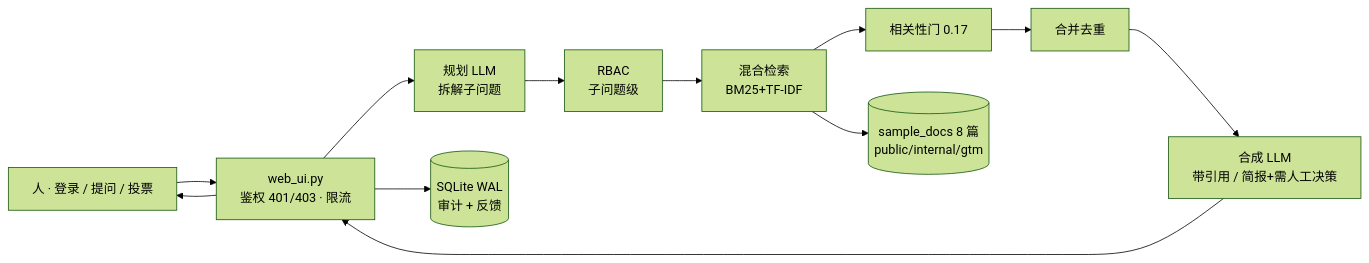
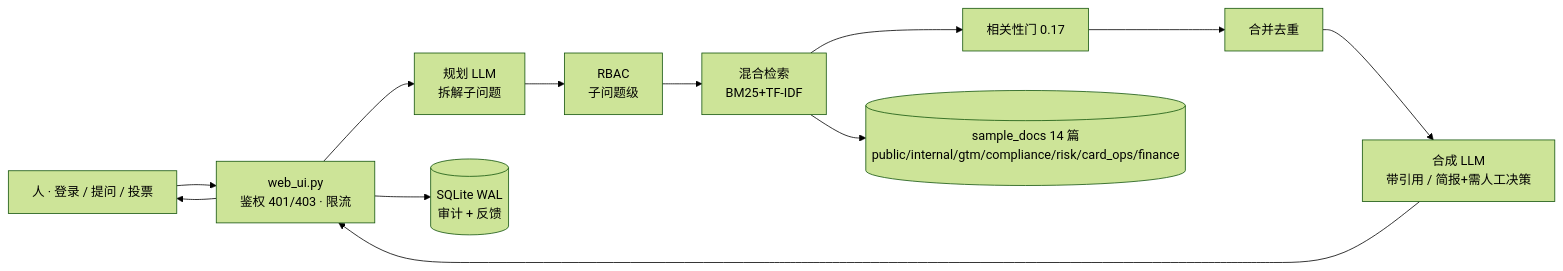
Before and after one commit to summersalt827/meridian-pay-kb: the diagram in README.md, drawn with Mermaid (forest theme). The commit also changed other lines of this file and 1 other file, not shown here.

````diff
--- a/README.md
+++ b/README.md
@@ -58,7 +58,7 @@
 ```mermaid
 flowchart LR
   H["人 · 登录 / 提问 / 投票"] --> API["web_ui.py<br/>鉴权 401/403 · 限流"]
   API --> PLAN["规划 LLM<br/>拆解子问题"] --> RBAC["RBAC<br/>子问题级"] --> RET["混合检索<br/>BM25+TF-IDF"] --> GATE["相关性门 0.17"] --> MERGE["合并去重"] --> SYNTH["合成 LLM<br/>带引用 / 简报+需人工决策"] --> API --> H
-  RET --> DOCS[("sample_docs 8 篇<br/>public/internal/gtm")]
+  RET --> DOCS[("sample_docs 14 篇<br/>public/internal/gtm/compliance/risk/card_ops/finance")]
   API --> DB[("SQLite WAL<br/>审计 + 反馈")]
 ```
````
